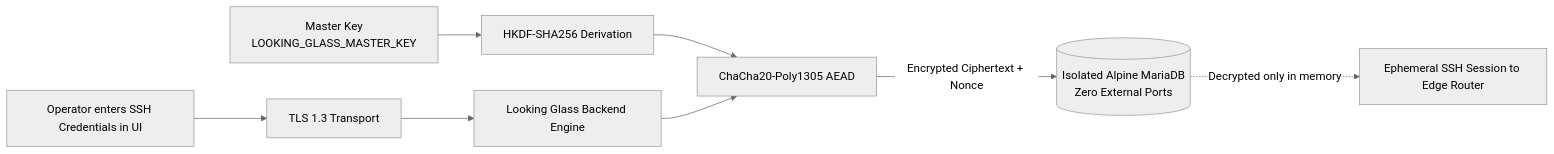
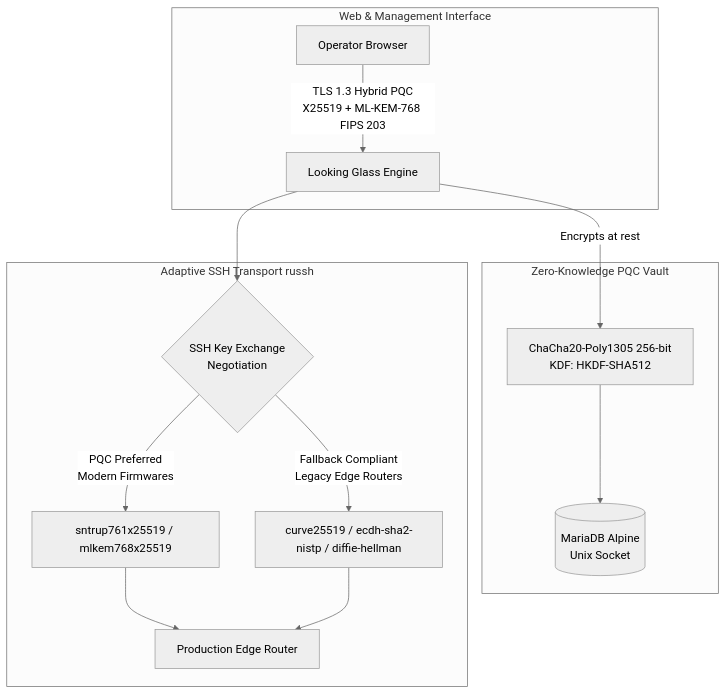
The second of 3 diagrams in docs/adr/0011-authenticated-collaborative-multitenant-looking-glass.md (andrediashexa/NOGGlass), drawn with Mermaid (neutral theme) before and after one commit. The commit also changed other lines of this file, not shown here.

Commit message:
docs(adr): record authenticated collaborative multi-tenant architecture (#30)
<!--
  Title MUST follow Conventional Commits: <type>(<scope>): <description>
  Branch MUST be <type>/<issue-number>-<slug>
  Both are checked by CI.
-->

## What changed

<!-- One paragraph, from the user's point of view. -->

Closes #29

## How it was verified

<!-- Commands run, vendors tested against, screenshots for UI changes.
-->

## Checklist

- [ ] Documentation updated in this pull request
(`scripts/check-docs.sh` passes)
- [ ] User-facing strings exist in pt-BR, en and es
(`scripts/check-i18n.sh` passes)
- [ ] No user input reaches a router command line
- [ ] New router commands are read-only, with a timeout and an output
cap
- [ ] No secret committed

````diff
--- a/docs/adr/0011-authenticated-collaborative-multitenant-looking-glass.md
+++ b/docs/adr/0011-authenticated-collaborative-multitenant-looking-glass.md
@@ -95,10 +95,17 @@
 ```mermaid
-flowchart LR
-    input[Operator enters SSH Credentials in UI] --> https[TLS 1.3 Transport]
-    https --> server[Looking Glass Backend Engine]
-    env[Master Key<br/>LOOKING_GLASS_MASTER_KEY] --> kdf[HKDF-SHA256 Derivation]
-    kdf --> cipher[ChaCha20-Poly1305 AEAD]
-    server --> cipher
-    cipher -->|Encrypted Ciphertext + Nonce| mariadb[(Isolated Alpine MariaDB<br/>Zero External Ports)]
-    mariadb -.->|Decrypted only in memory| session[Ephemeral SSH Session to Edge Router]
+flowchart TD
+    subgraph web[Web & Management Interface]
+        client[Operator Browser] -->|TLS 1.3 Hybrid PQC<br/>X25519 + ML-KEM-768 FIPS 203| api[Looking Glass Engine]
+    end
+    subgraph vault[Zero-Knowledge PQC Vault]
+        api -->|Encrypts at rest| cipher[ChaCha20-Poly1305 256-bit<br/>KDF: HKDF-SHA512]
+        cipher --> mdb[(MariaDB Alpine<br/>Unix Socket)]
+    end
+    subgraph ssh[Adaptive SSH Transport russh]
+        api --> negotiates{SSH Key Exchange<br/>Negotiation}
+        negotiates -->|PQC Preferred<br/>Modern Firmwares| kex_pqc[sntrup761x25519 / mlkem768x25519]
+        negotiates -->|Fallback Compliant<br/>Legacy Edge Routers| kex_leg[curve25519 / ecdh-sha2-nistp / diffie-hellman]
+        kex_pqc --> edge[Production Edge Router]
+        kex_leg --> edge
+    end
 ```
````
